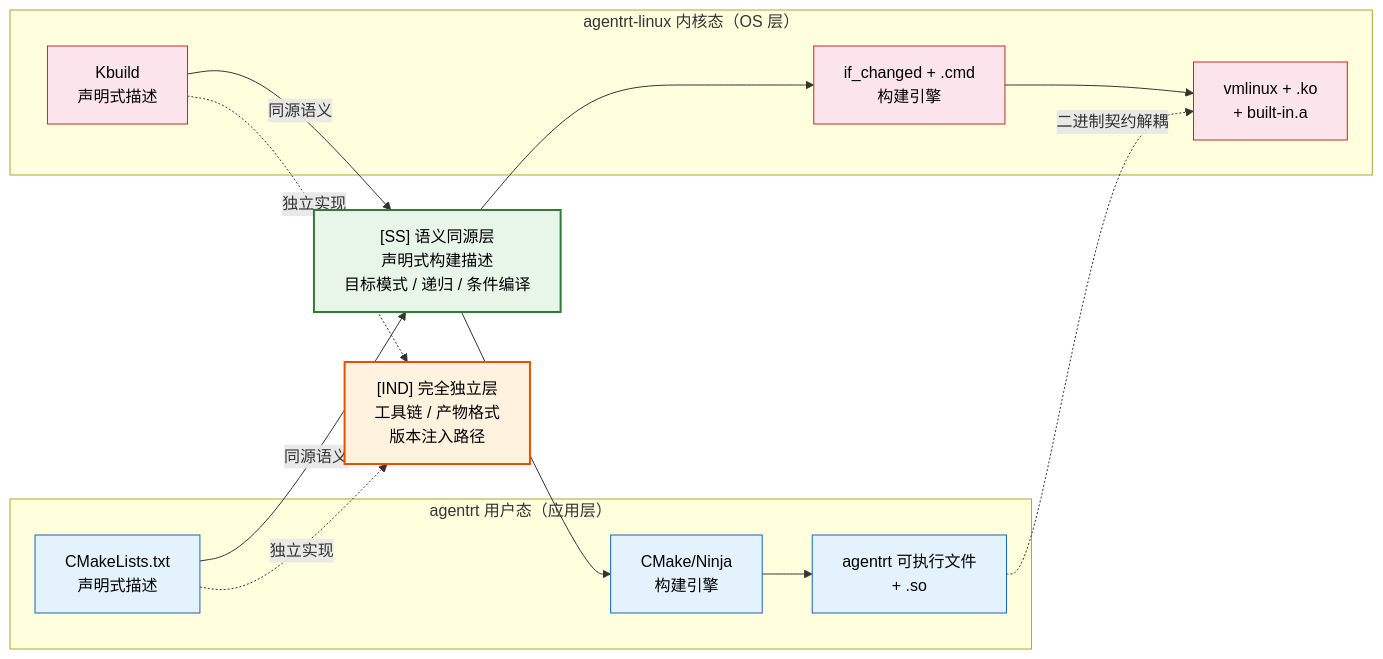
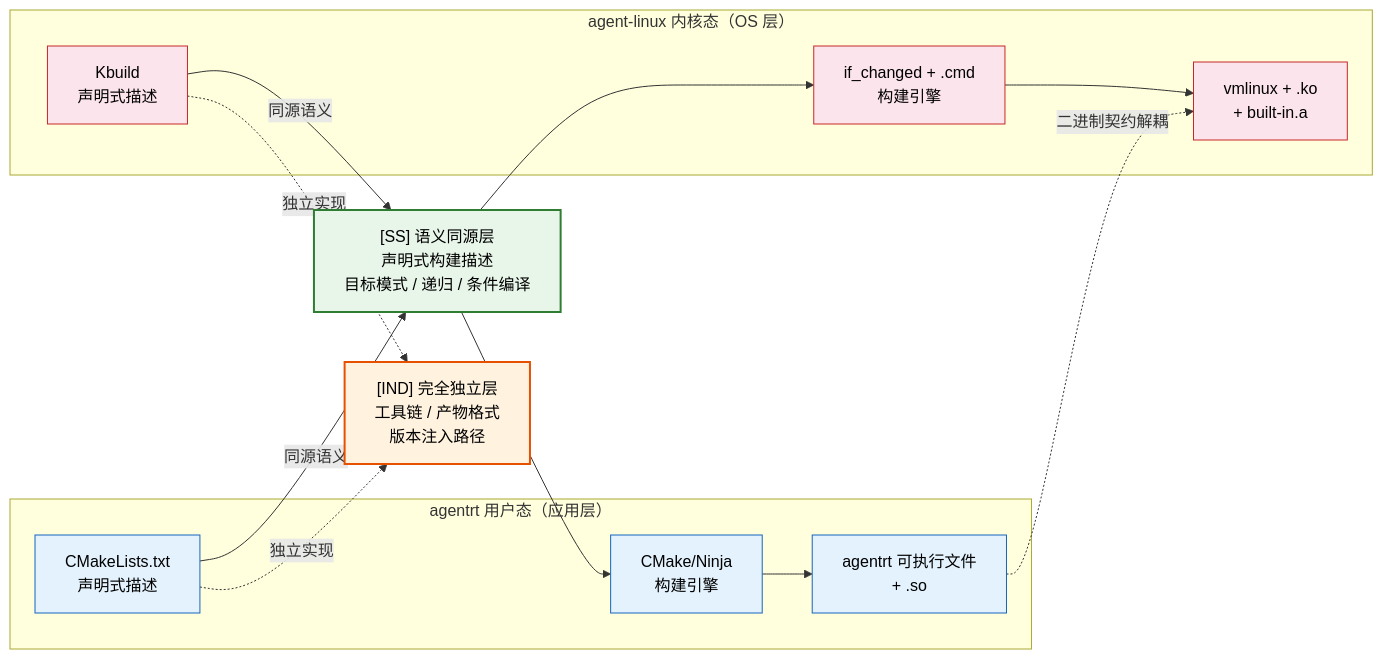
Before and after one commit to openairymax/docs-linux: the fifth of 6 diagrams in 70-build-system/01-kbuild-system.md, drawn with Mermaid. The commit also changed other lines of this file and 172 other files, not shown here.

Commit message:
docs: rename agentrt-linux to agent-linux across docs v0.1.3 双工程结构：agentrt-linux 改名 agent-linux。docs 全仓 186 个 文件中的 agentrt-linux 引用统一为 agent-linux（AirymaxOS 工程名/ URL/路径引用；commit hash 与历史不变）。

````diff
--- a/70-build-system/01-kbuild-system.md
+++ b/70-build-system/01-kbuild-system.md
@@ -507,34 +507,34 @@
 ```mermaid
 graph LR
     subgraph "agentrt 用户态（应用层）"
         A1["CMakeLists.txt<br/>声明式描述"]
         A2["CMake/Ninja<br/>构建引擎"]
         A3["agentrt 可执行文件<br/>+ .so"]
     end
-    subgraph "agentrt-linux 内核态（OS 层）"
+    subgraph "agent-linux 内核态（OS 层）"
         K1["Kbuild<br/>声明式描述"]
         K2["if_changed + .cmd<br/>构建引擎"]
         K3["vmlinux + .ko<br/>+ built-in.a"]
     end
     SS["[SS] 语义同源层<br/>声明式构建描述<br/>目标模式 / 递归 / 条件编译"]
     IND["[IND] 完全独立层<br/>工具链 / 产物格式<br/>版本注入路径"]
 
     A1 -->|同源语义| SS
     K1 -->|同源语义| SS
     SS --> A2
     SS --> K2
     A2 --> A3
     K2 --> K3
     A1 -.->|独立实现| IND
     K1 -.->|独立实现| IND
     A3 -.->|二进制契约解耦| K3
 
     style SS fill:#e8f5e9,stroke:#2e7d32,stroke-width:2px,color:#000
     style IND fill:#fff3e0,stroke:#e65100,stroke-width:2px,color:#000
     style A1 fill:#e3f2fd,stroke:#1565c0,color:#000
     style A2 fill:#e3f2fd,stroke:#1565c0,color:#000
     style A3 fill:#e3f2fd,stroke:#1565c0,color:#000
     style K1 fill:#fce4ec,stroke:#c62828,color:#000
     style K2 fill:#fce4ec,stroke:#c62828,color:#000
     style K3 fill:#fce4ec,stroke:#c62828,color:#000
 ```
````
